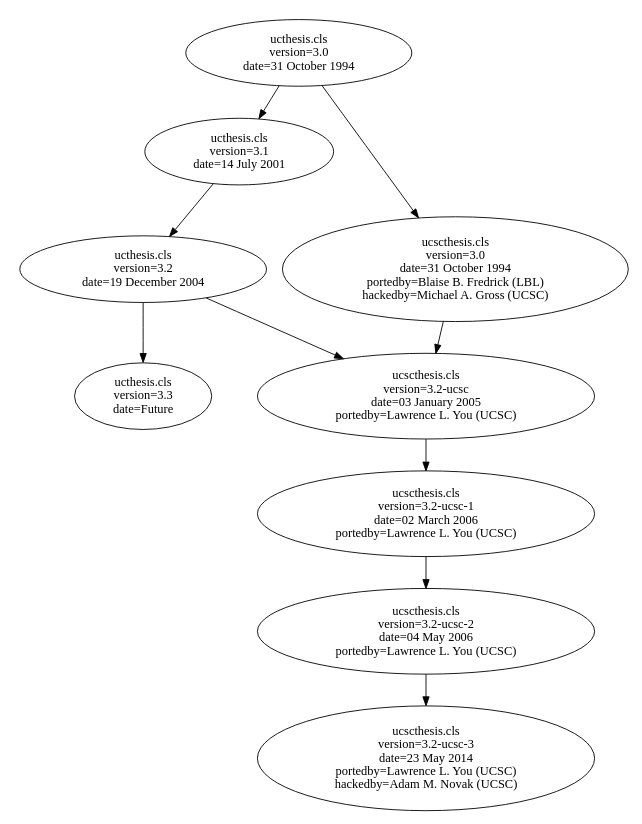
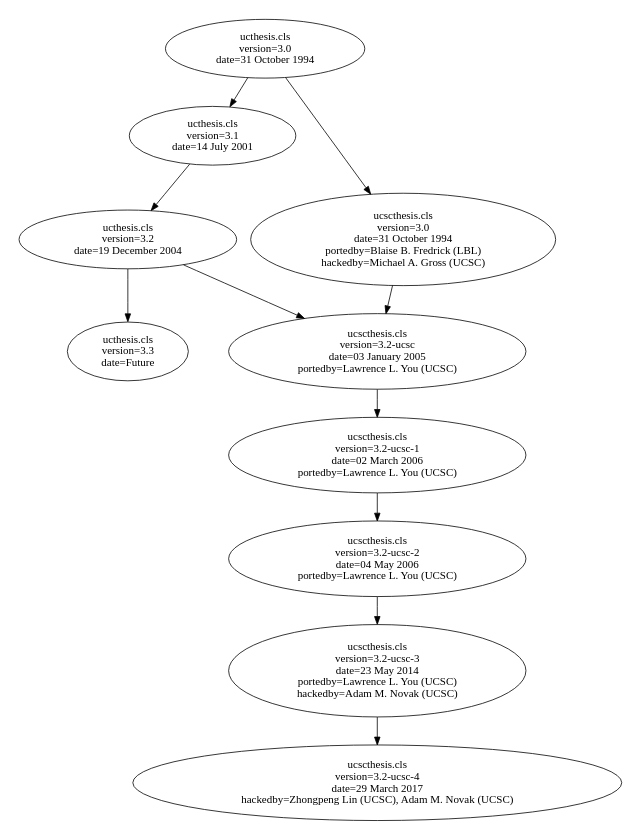
The diagram in history.dot (adamnovak/ucscthesis), drawn with Graphviz before and after one commit.

Commit message:
Add a new history node for a new release.

```diff
--- a/history.dot
+++ b/history.dot
@@ -1,36 +1,38 @@
 // dot file for generating graphs using a tool like graphviz
 //
 // 2005-01-03  History of the ucscthesis.cls (3.2-ucsc)
 // 2006-03-02  Fixed history, added the latest iteration (3.2-ucsc-1)
 // 2006-05-04  Fixed history, added the latest iteration (3.2-ucsc-2), added page size
 // 2014-05-23  Added new node for Git repo version (3.2-ucsc-3)
 //
 
 digraph "ucscthesis.cls"
 	{
 		size="4.0,6.0";
 
 		// UC (Berkeley, semesters)
 		ucthesis30 [label="ucthesis.cls\nversion=3.0\ndate=31 October 1994"];
 		ucthesis31 [label="ucthesis.cls\nversion=3.1\ndate=14 July 2001"];
 		ucthesis32 [label="ucthesis.cls\nversion=3.2\ndate=19 December 2004"];
 		ucthesis33 [label="ucthesis.cls\nversion=3.3\ndate=Future"];
 
 		// UCSC (Santa Cruz, quarters, wider margins)
 		ucscthesis30 [label="ucscthesis.cls\nversion=3.0\ndate=31 October 1994\nportedby=Blaise B. Fredrick (LBL)\nhackedby=Michael A. Gross (UCSC)"];
 		ucscthesis32 [label="ucscthesis.cls\nversion=3.2-ucsc\ndate=03 January 2005\nportedby=Lawrence L. You (UCSC)"];
 		ucscthesis321 [label="ucscthesis.cls\nversion=3.2-ucsc-1\ndate=02 March 2006\nportedby=Lawrence L. You (UCSC)"];
 		// Restored copyright notice to conform with Grad Div guidelines
 		ucscthesis322 [label="ucscthesis.cls\nversion=3.2-ucsc-2\ndate=04 May 2006\nportedby=Lawrence L. You (UCSC)"];
 		ucscthesis323 [label="ucscthesis.cls\nversion=3.2-ucsc-3\ndate=23 May 2014\nportedby=Lawrence L. You (UCSC)\nhackedby=Adam M. Novak (UCSC)"];
+		ucscthesis324 [label="ucscthesis.cls\nversion=3.2-ucsc-4\ndate=29 March 2017\nhackedby=Zhongpeng Lin (UCSC), Adam M. Novak (UCSC)"];
 
 		ucthesis30 -> ucscthesis30;
 		ucthesis30 -> ucthesis31;
 		ucthesis31 -> ucthesis32;
 		ucscthesis30 -> ucscthesis32;
 		ucthesis32 -> ucscthesis32;
 		ucthesis32 -> ucthesis33;
 		ucscthesis32 -> ucscthesis321;
 		ucscthesis321 -> ucscthesis322;
 		ucscthesis322 -> ucscthesis323;
+		ucscthesis323 -> ucscthesis324;
 	}
```
